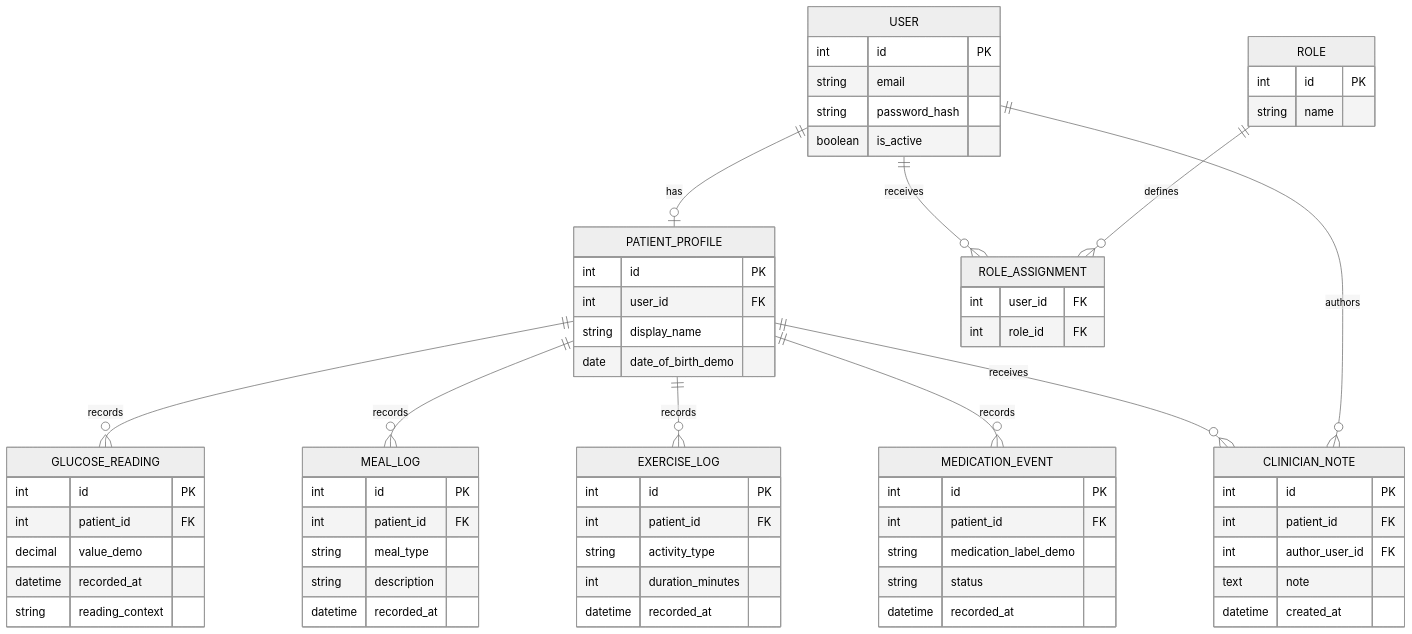
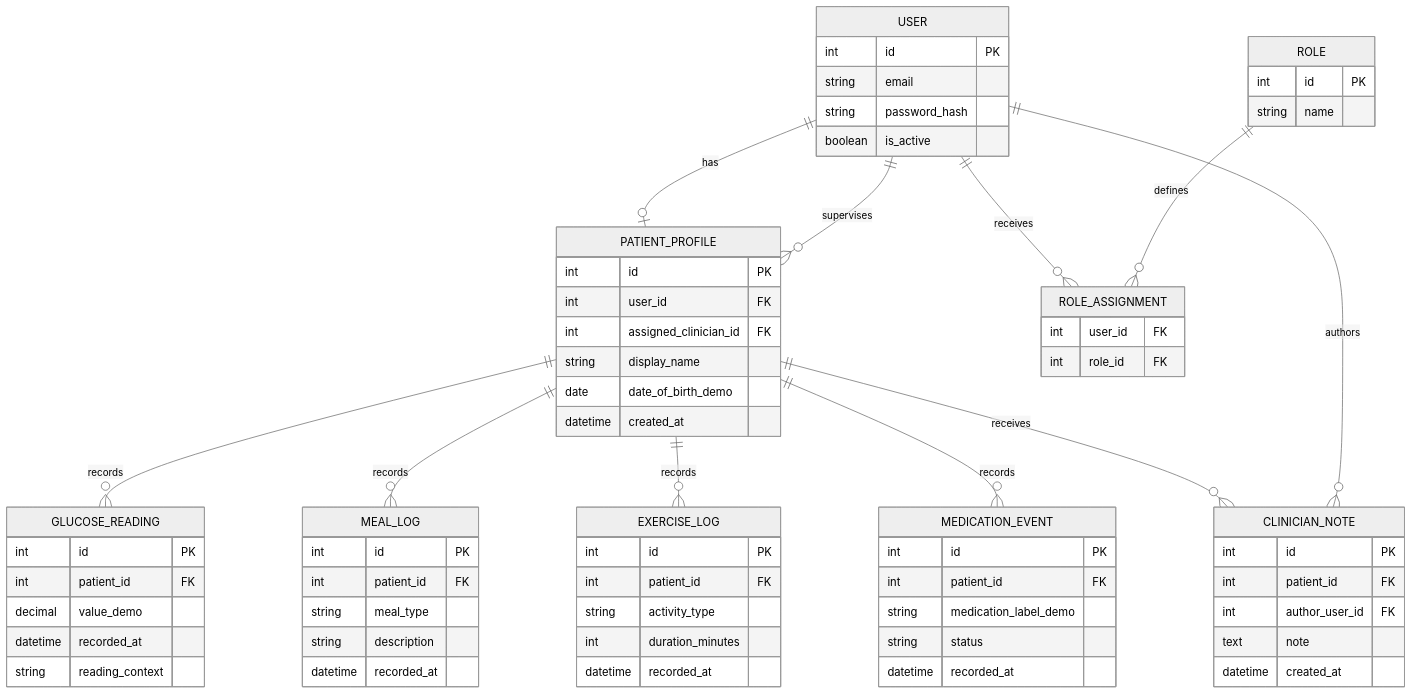
Before and after one commit to R-gitonga/AfyaGlyco: the seventh of 7 diagrams in docs/system-tutorials.md, drawn with Mermaid (neutral theme). The commit also changed other lines of this file and 38 other files, not shown here.

````diff
--- a/docs/system-tutorials.md
+++ b/docs/system-tutorials.md
@@ -157,68 +198,71 @@
 ```mermaid
 erDiagram
     USER ||--o| PATIENT_PROFILE : has
     USER ||--o{ ROLE_ASSIGNMENT : receives
     ROLE ||--o{ ROLE_ASSIGNMENT : defines
+    USER ||--o{ PATIENT_PROFILE : supervises
     PATIENT_PROFILE ||--o{ GLUCOSE_READING : records
     PATIENT_PROFILE ||--o{ MEAL_LOG : records
     PATIENT_PROFILE ||--o{ EXERCISE_LOG : records
     PATIENT_PROFILE ||--o{ MEDICATION_EVENT : records
     PATIENT_PROFILE ||--o{ CLINICIAN_NOTE : receives
     USER ||--o{ CLINICIAN_NOTE : authors
 
     USER {
         int id PK
         string email
         string password_hash
         boolean is_active
     }
     ROLE {
         int id PK
         string name
     }
     ROLE_ASSIGNMENT {
         int user_id FK
         int role_id FK
     }
     PATIENT_PROFILE {
         int id PK
         int user_id FK
+        int assigned_clinician_id FK
         string display_name
         date date_of_birth_demo
+        datetime created_at
     }
     GLUCOSE_READING {
         int id PK
         int patient_id FK
         decimal value_demo
         datetime recorded_at
         string reading_context
     }
     MEAL_LOG {
         int id PK
         int patient_id FK
         string meal_type
         string description
         datetime recorded_at
     }
     EXERCISE_LOG {
         int id PK
         int patient_id FK
         string activity_type
         int duration_minutes
         datetime recorded_at
     }
     MEDICATION_EVENT {
         int id PK
         int patient_id FK
         string medication_label_demo
         string status
         datetime recorded_at
     }
     CLINICIAN_NOTE {
         int id PK
         int patient_id FK
         int author_user_id FK
         text note
         datetime created_at
     }
 ```
````
